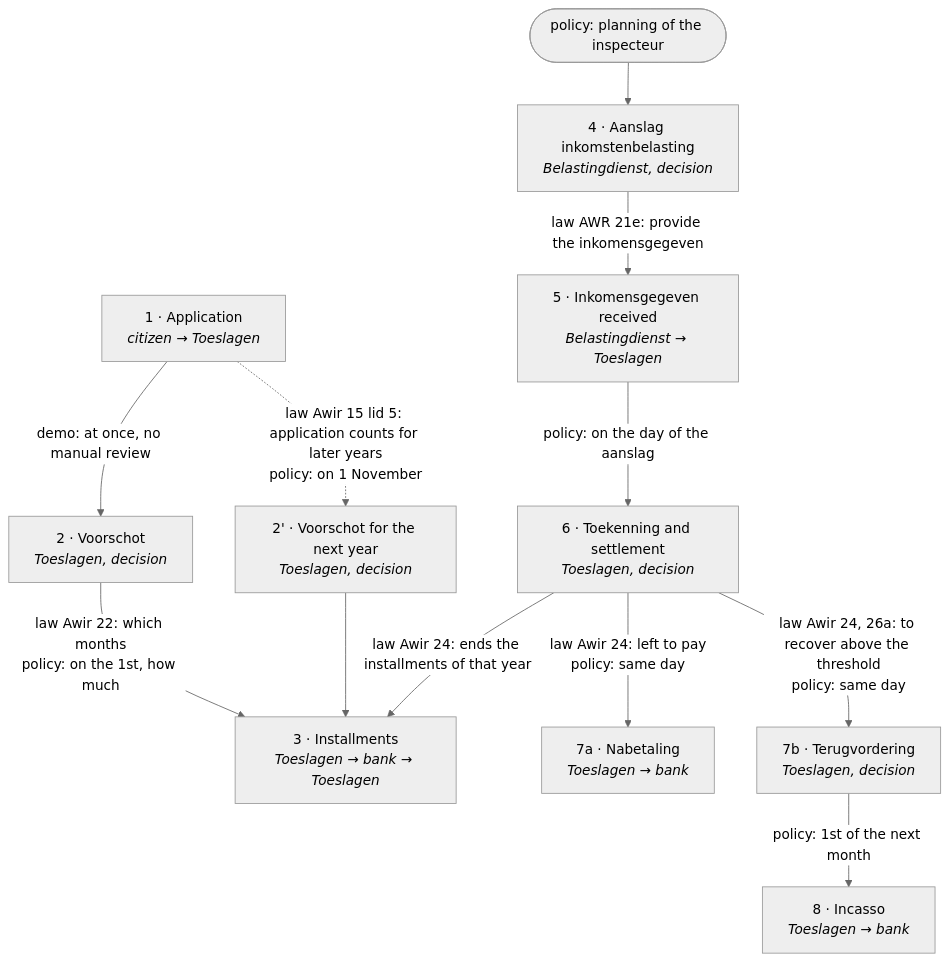
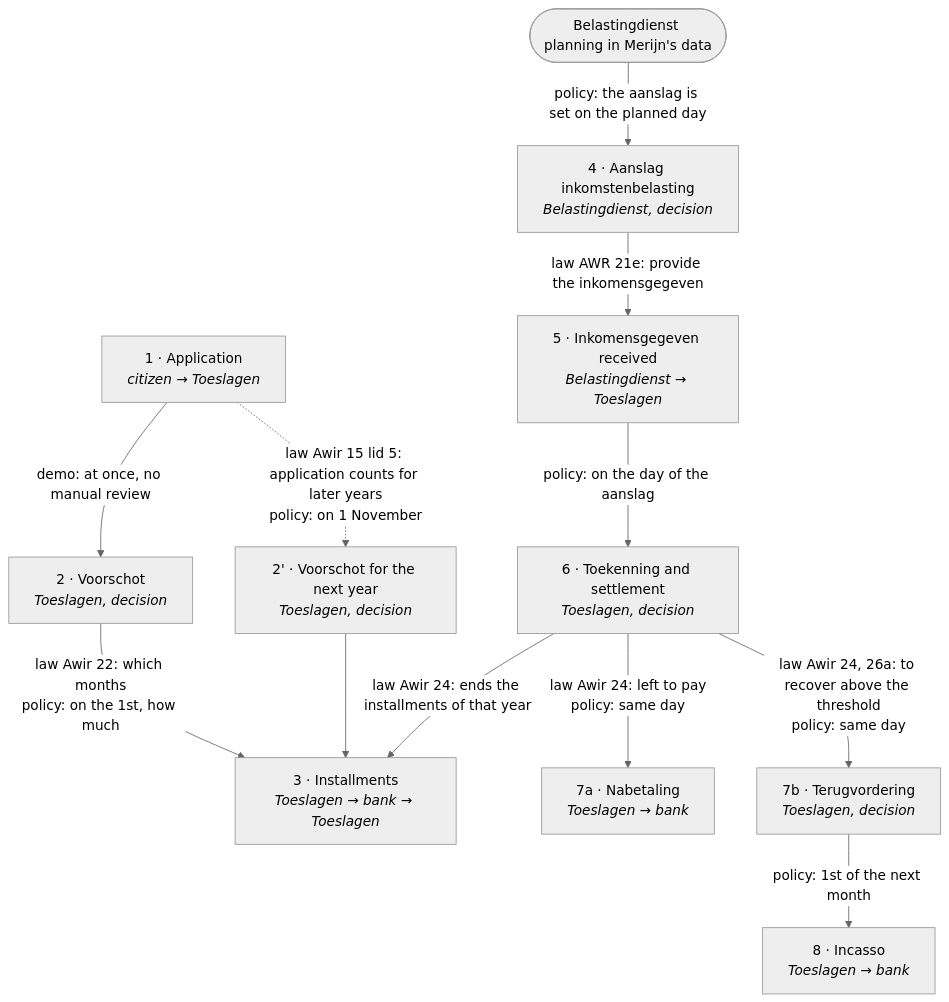
Before and after one commit to MinBZK/regelrecht-mvp: the first of 4 diagrams in docs/src/content/docs/components/zorgtoeslag-chronolexography.md, drawn with Mermaid (neutral theme). The commit also changed other lines of this file and 19 other files, not shown here.

````diff
--- a/docs/src/content/docs/components/zorgtoeslag-chronolexography.md
+++ b/docs/src/content/docs/components/zorgtoeslag-chronolexography.md
@@ -27,25 +27,25 @@
 ```mermaid
 flowchart TB
   A["1 · Application<br/><i>citizen → Toeslagen</i>"]
   V["2 · Voorschot<br/><i>Toeslagen, decision</i>"]
   T["3 · Installments<br/><i>Toeslagen → bank → Toeslagen</i>"]
   S["4 · Aanslag inkomstenbelasting<br/><i>Belastingdienst, decision</i>"]
   I["5 · Inkomensgegeven received<br/><i>Belastingdienst → Toeslagen</i>"]
   K["6 · Toekenning and settlement<br/><i>Toeslagen, decision</i>"]
   N["7a · Nabetaling<br/><i>Toeslagen → bank</i>"]
   R["7b · Terugvordering<br/><i>Toeslagen, decision</i>"]
   C["8 · Incasso<br/><i>Toeslagen → bank</i>"]
   VN["2' · Voorschot for the next year<br/><i>Toeslagen, decision</i>"]
 
   A -->|"demo: at once, no manual review"| V
   V -->|"law Awir 22: which months<br/>policy: on the 1st, how much"| T
   A -.->|"law Awir 15 lid 5: application counts for later years<br/>policy: on 1 November"| VN
   VN --> T
   S -->|"law AWR 21e: provide the inkomensgegeven"| I
   I -->|"policy: on the day of the aanslag"| K
   K -->|"law Awir 24: ends the installments of that year"| T
   K -->|"law Awir 24: left to pay<br/>policy: same day"| N
   K -->|"law Awir 24, 26a: to recover above the threshold<br/>policy: same day"| R
   R -->|"policy: 1st of the next month"| C
-  P(["policy: planning of the inspecteur"]) --> S
+  P(["Belastingdienst planning in Merijn's data"]) -->|"policy: the aanslag is set on the planned day"| S
 ```
````
